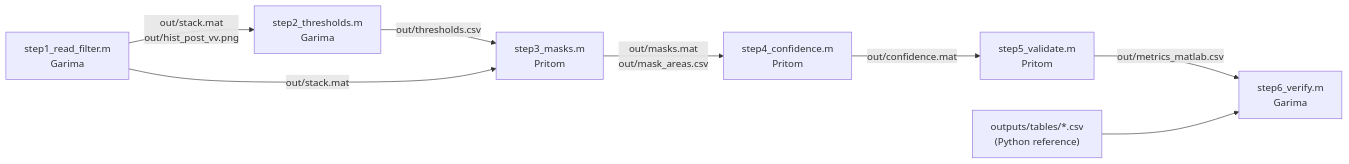
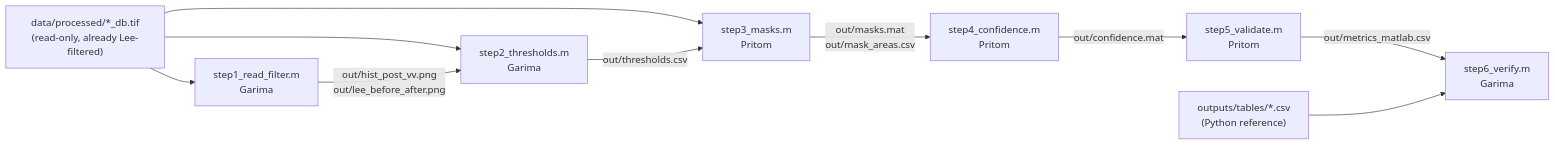
The diagram in matlab/BUILD_GUIDE.md (garimadevi/-divp-flood-mapping), drawn with Mermaid before and after one commit. The commit also changed other lines of this file and 5 other files, not shown here.

Commit message:
matlab: step1 verified (Otsu -12.60, Lee max diff 2e-5 dB); fix guide lineage + gate

````diff
--- a/matlab/BUILD_GUIDE.md
+++ b/matlab/BUILD_GUIDE.md
@@ -93,10 +110,13 @@
 ```mermaid
 flowchart LR
-    A["step1_read_filter.m<br/>Garima"] -->|"out/stack.mat<br/>out/hist_post_vv.png"| B["step2_thresholds.m<br/>Garima"]
-    B -->|"out/thresholds.csv"| C["step3_masks.m<br/>Pritom"]
-    A -->|"out/stack.mat"| C
+    T["data/processed/*_db.tif<br/>(read-only, already Lee-filtered)"]
+    T --> A["step1_read_filter.m<br/>Garima"]
+    T --> B["step2_thresholds.m<br/>Garima"]
+    T --> C["step3_masks.m<br/>Pritom"]
+    A -->|"out/hist_post_vv.png<br/>out/lee_before_after.png"| B
+    B -->|"out/thresholds.csv"| C
     C -->|"out/masks.mat<br/>out/mask_areas.csv"| D["step4_confidence.m<br/>Pritom"]
     D -->|"out/confidence.mat"| E["step5_validate.m<br/>Pritom"]
     E -->|"out/metrics_matlab.csv"| F["step6_verify.m<br/>Garima"]
     G["outputs/tables/*.csv<br/>(Python reference)"] --> F
 ```
````
